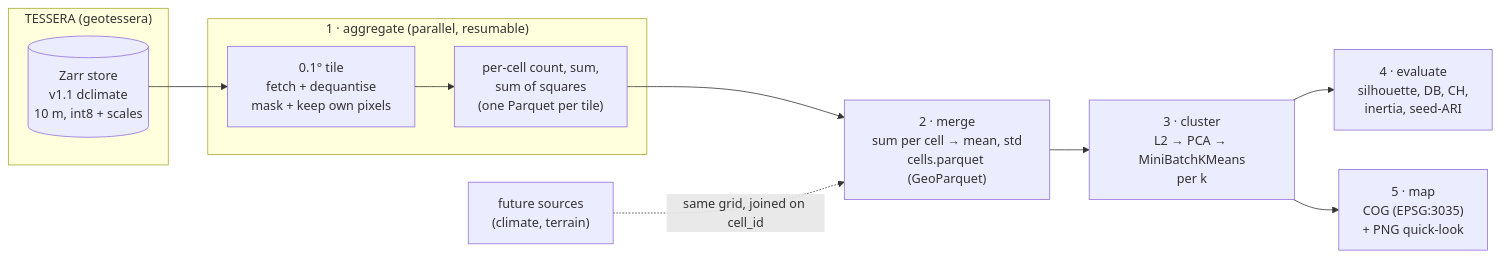
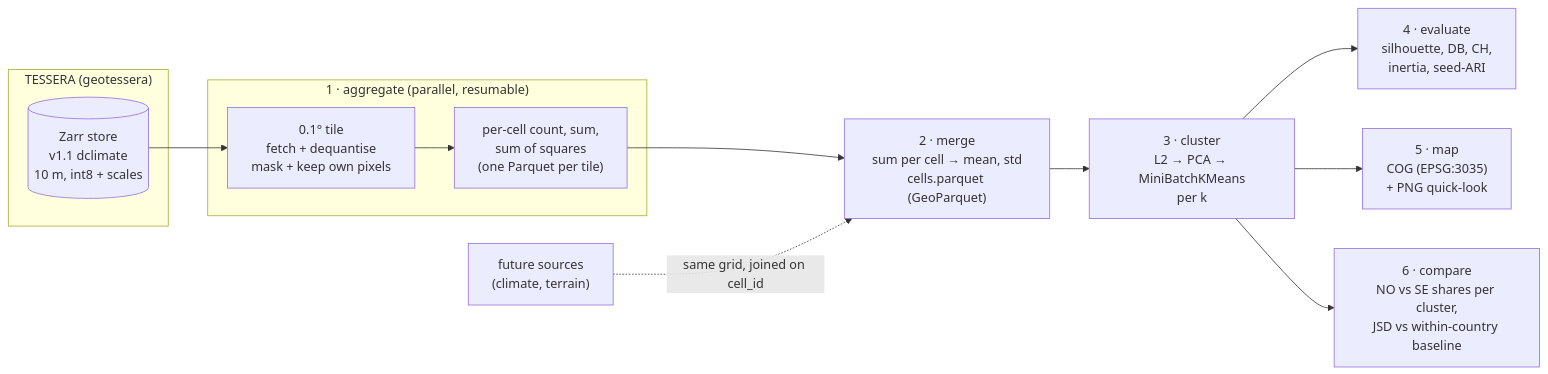
The diagram in README.md (SINTEF/tessera-nordic), drawn with Mermaid before and after one commit. The commit also changed other lines of this file and 11 other files, not shown here.

````diff
--- a/README.md
+++ b/README.md
@@ -18,15 +18,16 @@
 ```mermaid
 flowchart LR
     subgraph upstream["TESSERA (geotessera)"]
         Z[("Zarr store<br/>v1.1 dclimate<br/>10 m, int8 + scales")]
     end
     subgraph agg["1 · aggregate (parallel, resumable)"]
         T["0.1° tile<br/>fetch + dequantise<br/>mask + keep own pixels"] --> S["per-cell count, sum,<br/>sum of squares<br/>(one Parquet per tile)"]
     end
     Z --> T
     S --> M["2 · merge<br/>sum per cell → mean, std<br/>cells.parquet (GeoParquet)"]
     M --> C["3 · cluster<br/>L2 → PCA → MiniBatchKMeans<br/>per k"]
     C --> E["4 · evaluate<br/>silhouette, DB, CH,<br/>inertia, seed-ARI"]
     C --> P["5 · map<br/>COG (EPSG:3035)<br/>+ PNG quick-look"]
+    C --> K["6 · compare<br/>NO vs SE shares per cluster,<br/>JSD vs within-country baseline"]
     F["future sources<br/>(climate, terrain)"] -. "same grid, joined on cell_id" .-> M
 ```
````
